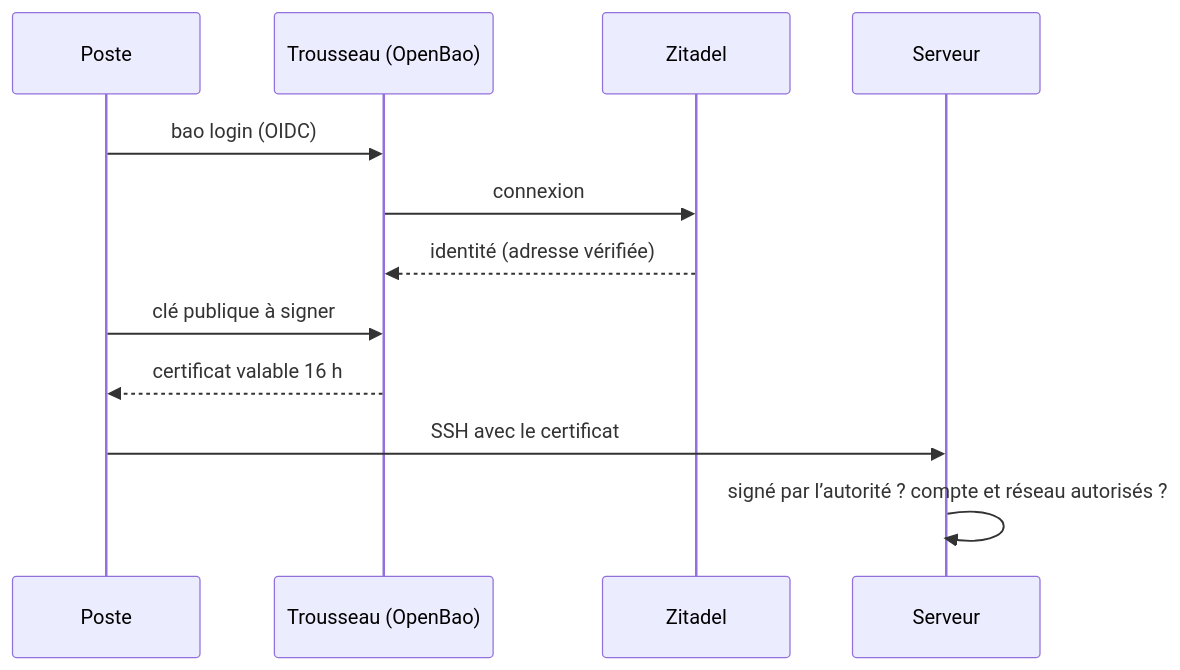
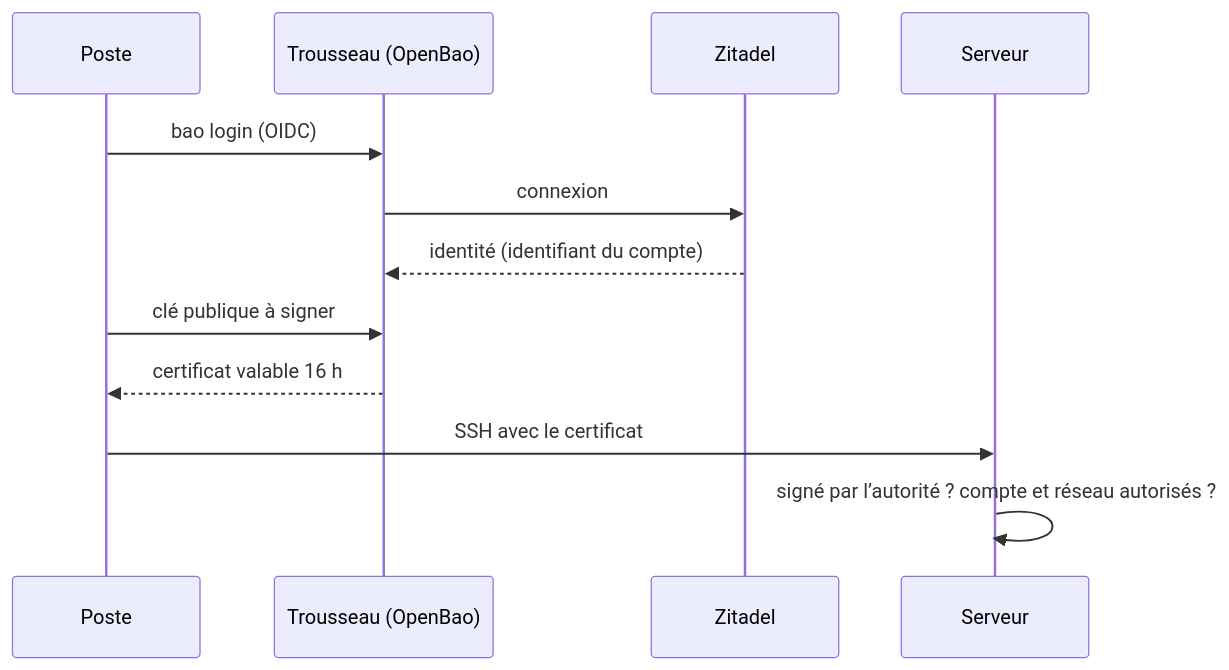
Before and after one commit to AlixANNERAUD/Infrastructure_website: the diagram in src/documentation/trousseau.md, drawn with Mermaid. The commit also changed other lines of this file, not shown here.

First line of the commit message:
Describe Trousseau's two login roles and its administrator by user id

````diff
--- a/src/documentation/trousseau.md
+++ b/src/documentation/trousseau.md
@@ -12,14 +12,14 @@
 ```mermaid
 sequenceDiagram
 	participant Poste
 	participant Trousseau as Trousseau (OpenBao)
 	participant Zitadel
 	participant Serveur
 	Poste->>Trousseau: bao login (OIDC)
 	Trousseau->>Zitadel: connexion
-	Zitadel-->>Trousseau: identité (adresse vérifiée)
+	Zitadel-->>Trousseau: identité (identifiant du compte)
 	Poste->>Trousseau: clé publique à signer
 	Trousseau-->>Poste: certificat valable 16 h
 	Poste->>Serveur: SSH avec le certificat
 	Serveur->>Serveur: signé par l’autorité ? compte et réseau autorisés ?
 ```
````
